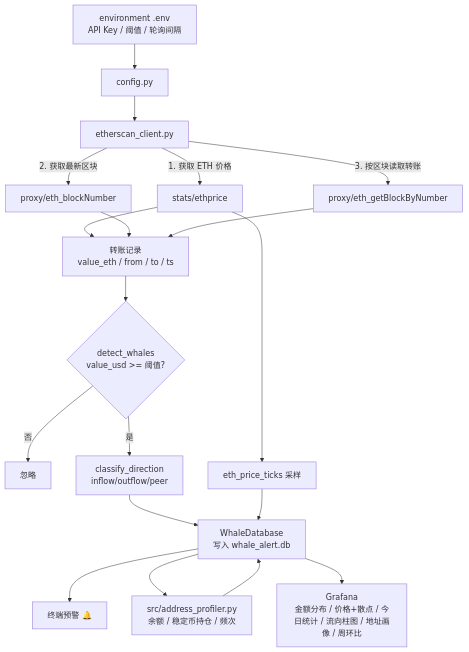
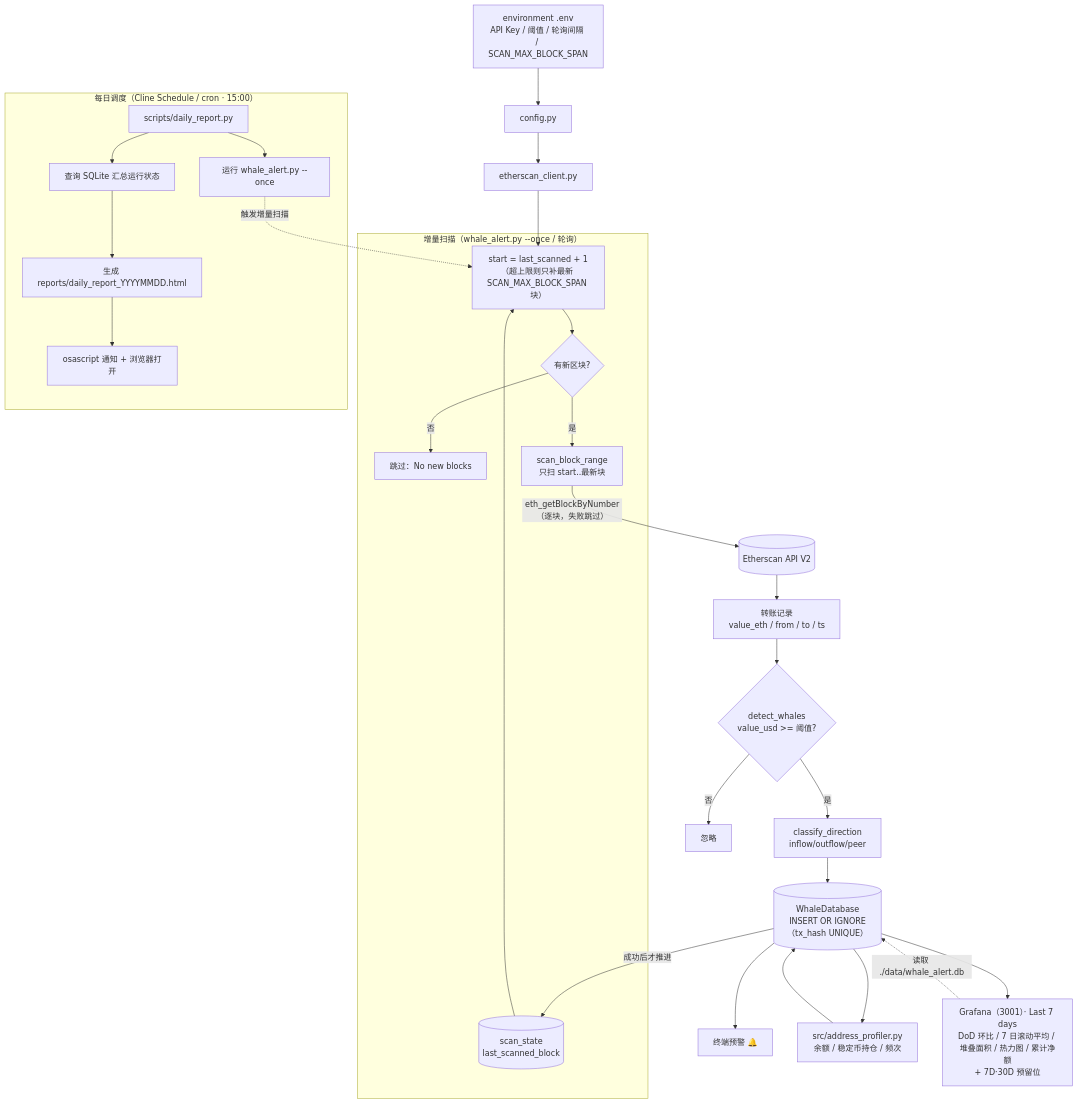
One commit to DingBangBang/whale-alert-system changed the second of 2 diagrams in README.md. Above: the diagram before and after it, drawn with Mermaid. The commit also changed other lines of this file and 1 other file, not shown here.

Commit message:
docs(readme): update architecture & data-flow diagrams to reflect incremental features (scan_state checkpoint, INSERT OR IGNORE, daily schedule, daily_report, time-series panels, port 3001)

````diff
--- a/README.md
+++ b/README.md
@@ -172,19 +183,40 @@
 ```mermaid
 flowchart TD
-    A["environment .env<br/>API Key / 阈值 / 轮询间隔"] --> B[config.py]
+    A["environment .env<br/>API Key / 阈值 / 轮询间隔 / SCAN_MAX_BLOCK_SPAN"] --> B[config.py]
     B --> C[etherscan_client.py]
-    C -->|1. 获取 ETH 价格| E1["stats/ethprice"]
-    C -->|2. 获取最新区块| E2["proxy/eth_blockNumber"]
-    C -->|3. 按区块读取转账| E3["proxy/eth_getBlockByNumber"]
-    E1 & E2 & E3 --> D["转账记录<br/>value_eth / from / to / ts"]
+
+    subgraph Inc["增量扫描（whale_alert.py --once / 轮询）"]
+        ST[("scan_state<br/>last_scanned_block")]
+        R1["start = last_scanned + 1<br/>（超上限则只补最新 SCAN_MAX_BLOCK_SPAN 块）"]
+        R2{"有新区块?"}
+        R3["跳过：No new blocks"]
+        R4["scan_block_range<br/>只扫 start..最新块"]
+    end
+
+    C --> R1
+    ST --> R1
+    R1 --> R2
+    R2 -- "否" --> R3
+    R2 -- "是" --> R4
+    R4 -->|"eth_getBlockByNumber（逐块，失败跳过）"| ES[("Etherscan API V2")]
+    ES --> D["转账记录<br/>value_eth / from / to / ts"]
     D --> F{"detect_whales<br/>value_usd >= 阈值?"}
     F -- "否" --> X["忽略"]
     F -- "是" --> H["classify_direction<br/>inflow/outflow/peer"]
-    H --> I[WhaleDatabase<br/>写入 whale_alert.db]
+    H --> I[("WhaleDatabase<br/>INSERT OR IGNORE（tx_hash UNIQUE）")]
     I --> J["终端预警 🔔"]
-    I --> R[src/address_profiler.py<br/>余额 / 稳定币持仓 / 频次]
-    R --> I
+    I --> RP2[src/address_profiler.py<br/>余额 / 稳定币持仓 / 频次]
+    RP2 --> I
+    I -->|"成功后才推进"| ST
 
-    E1 --> Pt["eth_price_ticks 采样"] --> I
-    I --> K["Grafana<br/>金额分布 / 价格+散点 / 今日统计 / 流向柱图 / 地址画像 / 周环比"]
+    subgraph Sched["每日调度（Cline Schedule / cron · 15:00）"]
+        S1["scripts/daily_report.py"] --> S2["运行 whale_alert.py --once"]
+        S1 --> S3["查询 SQLite 汇总运行状态"]
+        S3 --> S4["生成 reports/daily_report_YYYYMMDD.html"]
+        S4 --> S5["osascript 通知 + 浏览器打开"]
+    end
+    S2 -. "触发增量扫描" .-> R1
+
+    I --> K["Grafana（3001）· Last 7 days<br/>DoD 环比 / 7 日滚动平均 / 堆叠面积 / 热力图 / 累计净额<br/>+ 7D·30D 预留位"]
+    K -. "读取 ./data/whale_alert.db" .-> I
 ```
````
